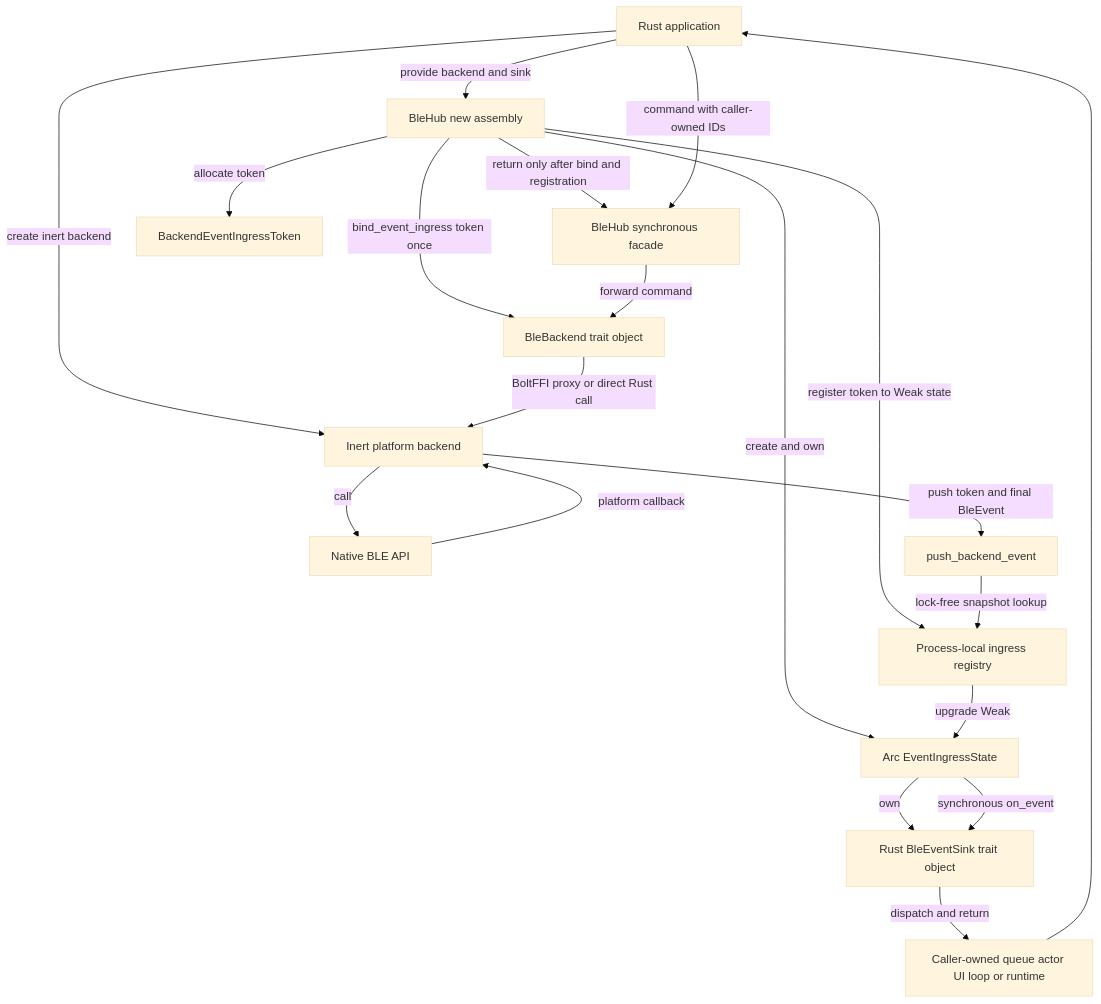
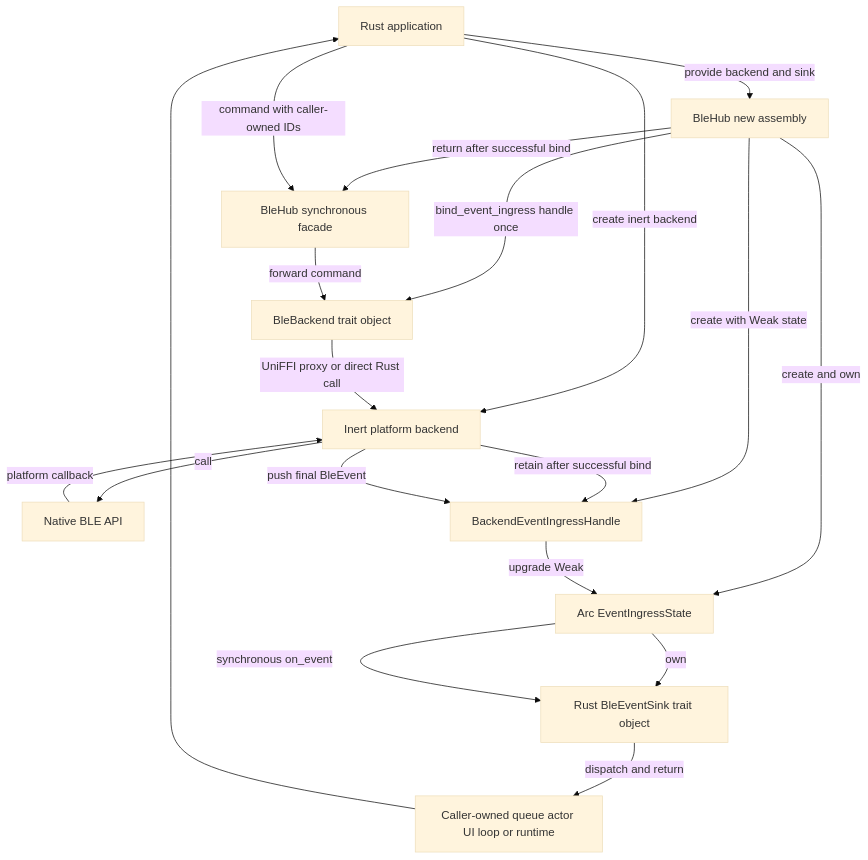
The first of 9 diagrams in .plan/PLAN.md (VIDLG/blengine), drawn with Mermaid (base theme) before and after one commit. The commit also changed other lines of this file and 73 other files, not shown here.

Commit message:
feat: establish stable UniFFI production bridge

````diff
--- a/.plan/PLAN.md
+++ b/.plan/PLAN.md
@@ -226,35 +230,32 @@
 ```mermaid
 flowchart TB
     App[Rust application]
     Assemble[BleHub new assembly]
     Hub[BleHub synchronous facade]
     BackendApi[BleBackend trait object]
     BackendImpl[Inert platform backend]
     NativeApi[Native BLE API]
-    Token[BackendEventIngressToken]
-    Push[push_backend_event]
-    Registry[Process-local ingress registry]
+    Handle[BackendEventIngressHandle]
     State[Arc EventIngressState]
     Downstream[Rust BleEventSink trait object]
     CallerQueue[Caller-owned queue actor UI loop or runtime]
 
     App -->|create inert backend| BackendImpl
     App -->|provide backend and sink| Assemble
     Assemble -->|create and own| State
     State -->|own| Downstream
-    Assemble -->|allocate token| Token
-    Assemble -->|bind_event_ingress token once| BackendApi
-    BackendApi -->|BoltFFI proxy or direct Rust call| BackendImpl
-    Assemble -->|register token to Weak state| Registry
-    Assemble -->|return only after bind and registration| Hub
+    Assemble -->|create with Weak state| Handle
+    Assemble -->|bind_event_ingress handle once| BackendApi
+    BackendApi -->|UniFFI proxy or direct Rust call| BackendImpl
+    BackendImpl -->|retain after successful bind| Handle
+    Assemble -->|return after successful bind| Hub
     App -->|command with caller-owned IDs| Hub
     Hub -->|forward command| BackendApi
     BackendImpl -->|call| NativeApi
     NativeApi -->|platform callback| BackendImpl
-    BackendImpl -->|push token and final BleEvent| Push
-    Push -->|lock-free snapshot lookup| Registry
-    Registry -->|upgrade Weak| State
+    BackendImpl -->|push final BleEvent| Handle
+    Handle -->|upgrade Weak| State
     State -->|synchronous on_event| Downstream
     Downstream -->|dispatch and return| CallerQueue
     CallerQueue --> App
 ```
````
